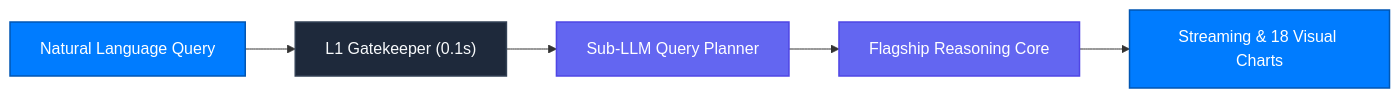
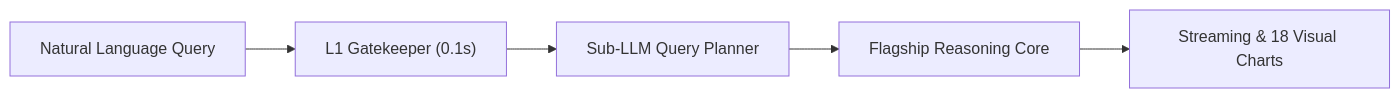
The diagram in guide/agent/manual.mdx (Connex-Brothers-Consulting-Group/cbcg-hs-connex-docs), drawn with Mermaid before and after one commit. The commit also changed 24 other files, not shown here.

Commit message:
fix(docs): restore Lucide card icons, enforce transparent Mermaid line-art, add Cryptographic Kill Switch, and refine quiet luxury banner

````diff
--- a/guide/agent/manual.mdx
+++ b/guide/agent/manual.mdx
@@ -9,11 +9,7 @@
 ```mermaid
 graph LR
-    classDef primary fill:#007CFF,stroke:#0056B3,stroke-width:1.5px,color:#FFFFFF;
-    classDef enterprise fill:#1E293B,stroke:#334155,stroke-width:1.5px,color:#F8FAFC;
-    classDef ai fill:#6366F1,stroke:#4F46E5,stroke-width:1.5px,color:#FFFFFF;
-
-    Q["Natural Language Query"]:::primary --> Gate["L1 Gatekeeper (0.1s)"]:::enterprise
-    Gate --> Planner["Sub-LLM Query Planner"]:::ai
-    Planner --> Exec["Flagship Reasoning Core"]:::ai
-    Exec --> Out["Streaming & 18 Visual Charts"]:::primary
+Q["Natural Language Query"] --> Gate["L1 Gatekeeper (0.1s)"]
+    Gate --> Planner["Sub-LLM Query Planner"]
+    Planner --> Exec["Flagship Reasoning Core"]
+    Exec --> Out["Streaming & 18 Visual Charts"]
 ```
````
